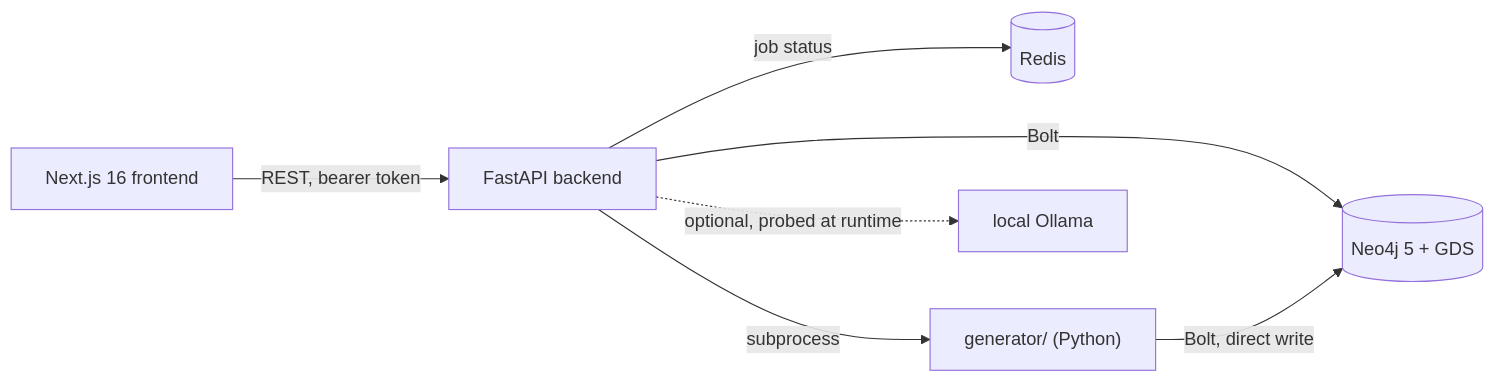
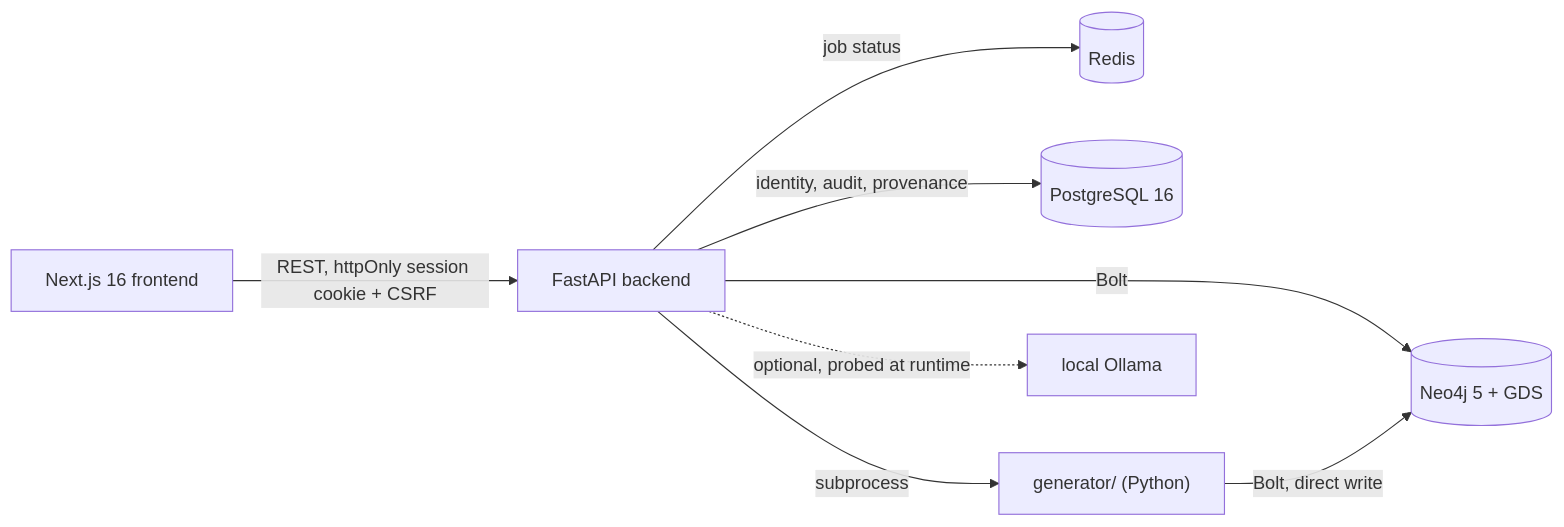
The diagram in README.md (Ayush-o1/Argus), drawn with Mermaid before and after one commit. The commit also changed other lines of this file and 8 other files, not shown here.

````diff
--- a/README.md
+++ b/README.md
@@ -30,9 +31,10 @@
 ```mermaid
 flowchart LR
-    FE["Next.js 16 frontend"] -- "REST, bearer token" --> BE["FastAPI backend"]
+    FE["Next.js 16 frontend"] -- "REST, httpOnly session cookie + CSRF" --> BE["FastAPI backend"]
     BE -- "Bolt" --> Neo4j[(Neo4j 5 + GDS)]
     BE -- "job status" --> Redis[(Redis)]
+    BE -- "identity, audit, provenance" --> PG[(PostgreSQL 16)]
     Gen["generator/ (Python)"] -- "Bolt, direct write" --> Neo4j
     BE -- "subprocess" --> Gen
     BE -. "optional, probed at runtime" .-> Ollama["local Ollama"]
 ```
````
